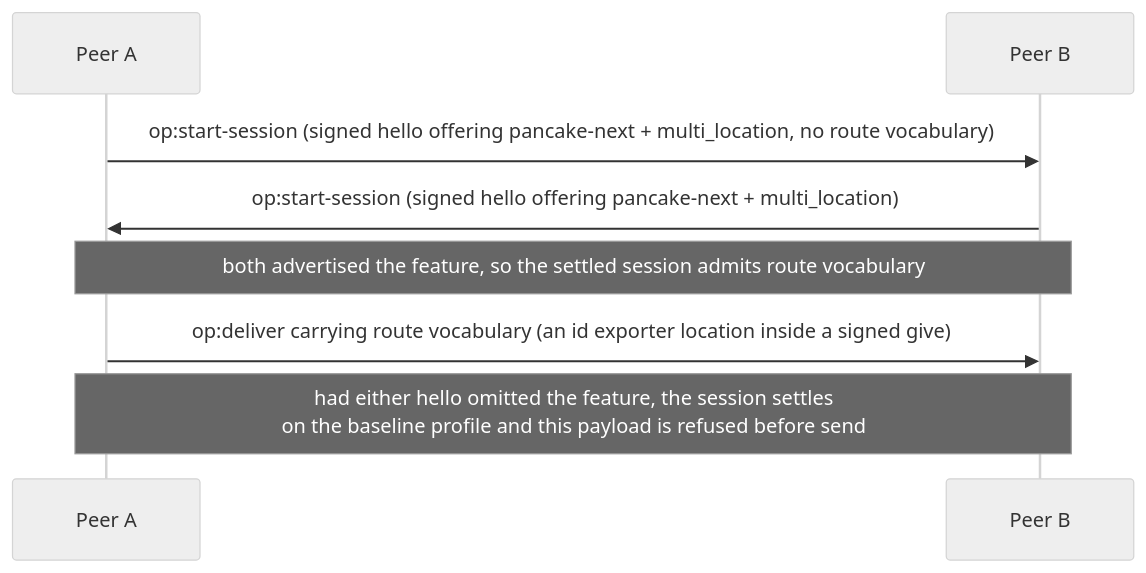
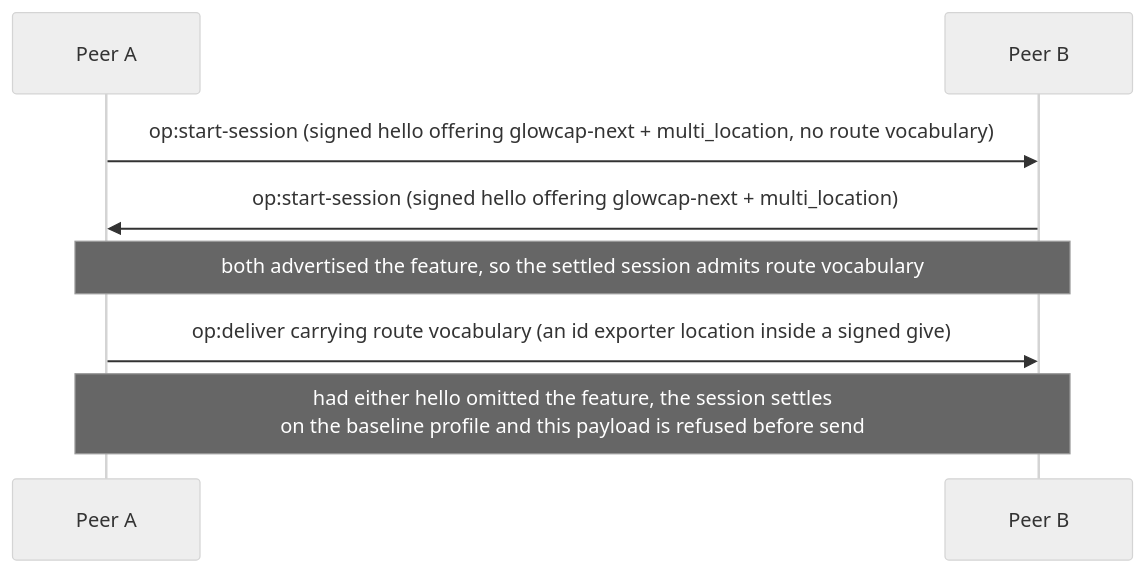
One commit to glowcap-org/glowcap changed the second of 5 diagrams in docs/protocol-diagrams/08-multihome-routes.md. Above: the diagram before and after it, drawn with Mermaid (neutral theme). The commit also changed other lines of this file and 2358 other files, not shown here.

````diff
--- a/docs/protocol-diagrams/08-multihome-routes.md
+++ b/docs/protocol-diagrams/08-multihome-routes.md
@@ -46,10 +46,10 @@
 ```mermaid
 sequenceDiagram
     participant A as Peer A
     participant B as Peer B
-    A->>B: op:start-session (signed hello offering pancake-next + multi_location, no route vocabulary)
-    B->>A: op:start-session (signed hello offering pancake-next + multi_location)
+    A->>B: op:start-session (signed hello offering glowcap-next + multi_location, no route vocabulary)
+    B->>A: op:start-session (signed hello offering glowcap-next + multi_location)
     Note over A,B: both advertised the feature, so the settled session admits route vocabulary
     A->>B: op:deliver carrying route vocabulary (an id exporter location inside a signed give)
     Note over A,B: had either hello omitted the feature, the session settles<br/>on the baseline profile and this payload is refused before send
 ```
````
